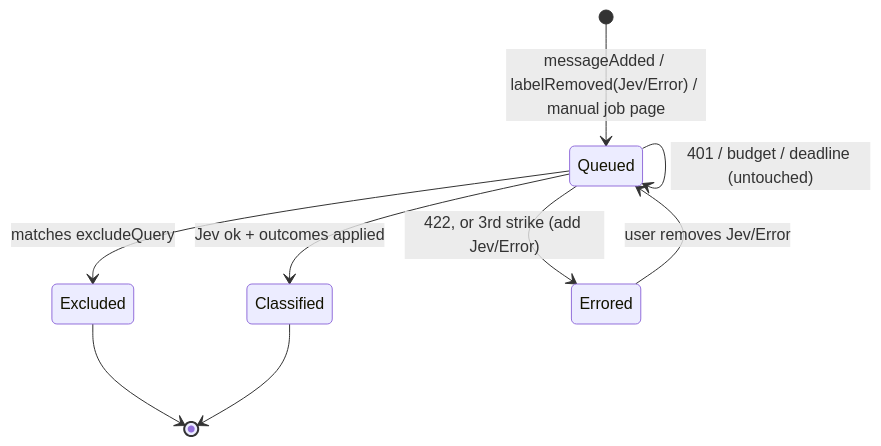
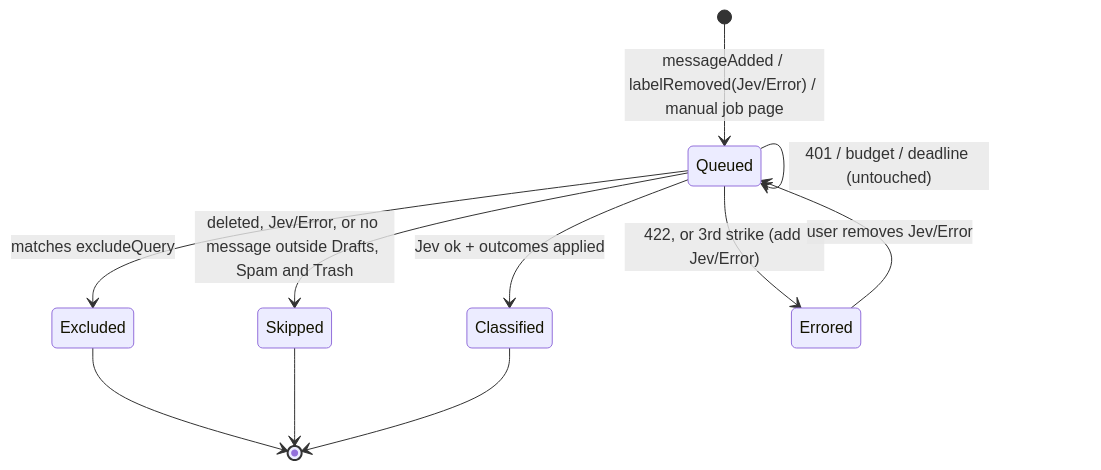
The fourth of 5 diagrams in output/solution-design.md (kellystuard/jev-gmail-classifier), drawn with Mermaid before and after one commit. The commit also changed other lines of this file and 2 other files, not shown here.

Commit message:
feat(screen): screen each chunk before anything is read for Jev (#225)

````diff
--- a/output/solution-design.md
+++ b/output/solution-design.md
@@ -485,12 +491,14 @@
 ```mermaid
 stateDiagram-v2
   [*] --> Queued: messageAdded / labelRemoved(Jev/Error) / manual job page
   Queued --> Excluded: matches excludeQuery
+  Queued --> Skipped: deleted, Jev/Error, or no message outside Drafts, Spam and Trash
   Queued --> Classified: Jev ok + outcomes applied
   Queued --> Queued: retryable failure (strike < 3)
   Queued --> Errored: 422, or 3rd strike (add Jev/Error)
   Queued --> Queued: 401 / budget / deadline (untouched)
   Excluded --> [*]
+  Skipped --> [*]
   Classified --> [*]
   Errored --> Queued: user removes Jev/Error
 ```
````
